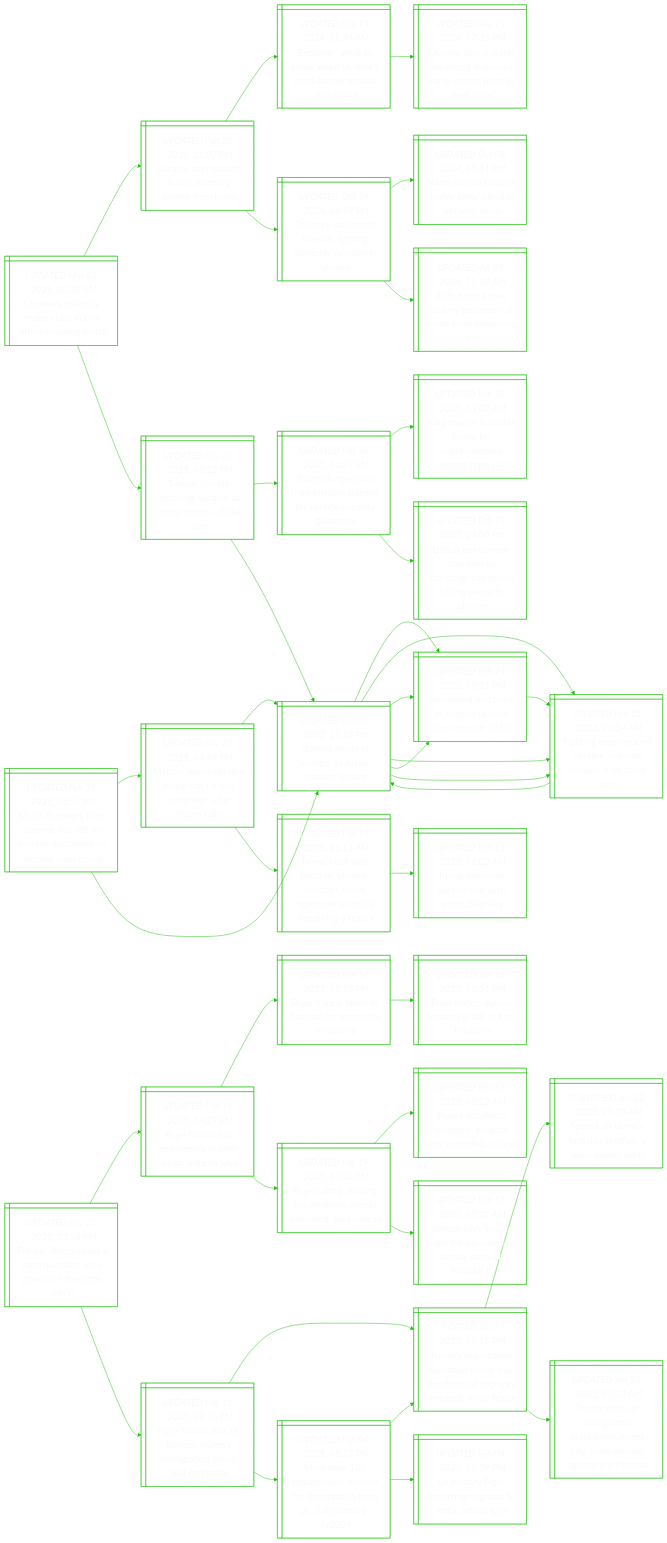
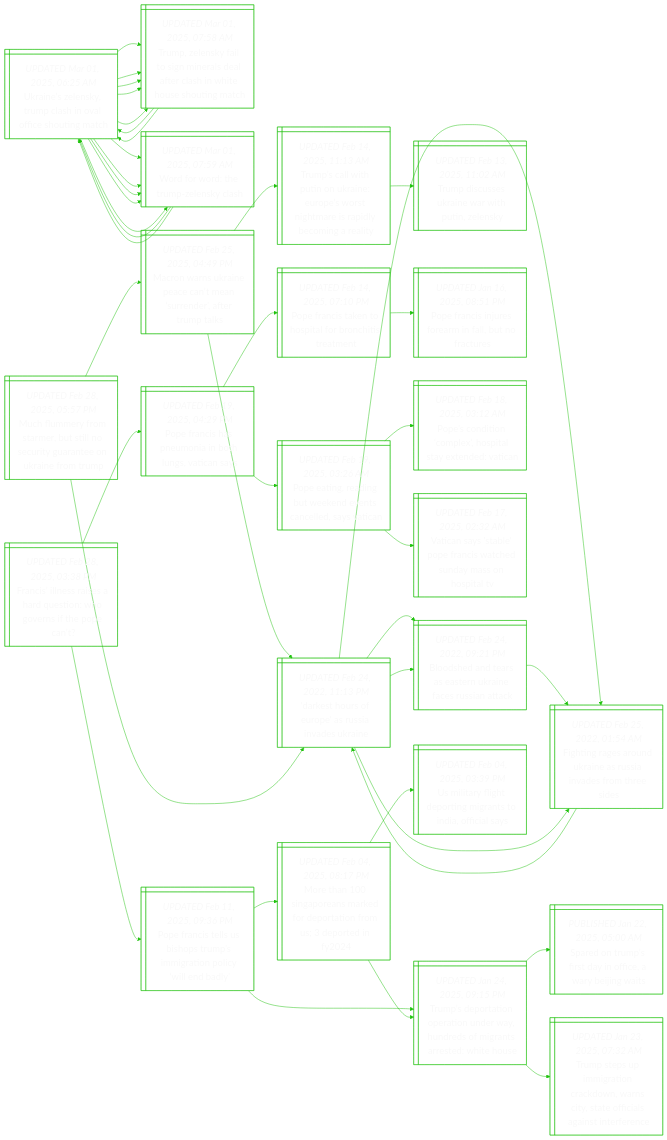
The diagram in README.md (notJmes/notJmes), drawn with Mermaid before and after one commit. The commit also changed other lines of this file, not shown here.

```diff
--- a/README.md
+++ b/README.md
@@ -16,48 +16,51 @@
 flowchart LR
 classDef txtsize font-size:20px;
 
-Unlyphaiogh@{ shape: win-pane, label: "_UPDATED Mar 01, 2025, 03:30 AM_
+Unlyphaiogh@{ shape: win-pane, label: "_UPDATED Mar 01, 2025, 06:25 AM_
 Ukraine’s zelensky, trump clash in oval office shouting match" }
-Unsirtndos@{ shape: win-pane, label: "_UPDATED Feb 28, 2025, 11:07 PM_
-Ukraine says russian forces storming border from kursk" }
-Eihkbkesdsiu@{ shape: win-pane, label: "_UPDATED Aug 14, 2024, 11:44 AM_
-Explainer: what to know about ukraine’s cross-border assault into russia" }
-Unssacnirgits@{ shape: win-pane, label: "_UPDATED Aug 14, 2024, 07:35 PM_
-Ukraine says it is still advancing in russia’s kursk region, hints at ‘next steps’" }
-Zsyteinneini@{ shape: win-pane, label: "_UPDATED Oct 14, 2024, 06:49 PM_
-Zelensky says north koreans fighting alongside russians in ukraine" }
-NKniilyekel@{ shape: win-pane, label: "_UPDATED Oct 08, 2024, 09:41 PM_
-North korean soldiers ‘highly likely’ killed in ukraine: seoul" }
-ENKmaastidet@{ shape: win-pane, label: "_UPDATED Jul 09, 2024, 11:18 AM_
-Elite north korea military trainees visit russia amid deepening ties" }
-TnetgiTpsca@{ shape: win-pane, label: "_UPDATED Feb 28, 2025, 05:12 PM_
-Taiwan ‘closely watching’ ukraine as trump pivots, official says" }
-Tdsfrnroaetre@{ shape: win-pane, label: "_UPDATED Feb 28, 2025, 06:28 PM_
-Trump dodges plea from britain’s starmer for ukraine security guarantee" }
-Khsnspneeoas@{ shape: win-pane, label: "_UPDATED Feb 28, 2025, 03:03 AM_
-King charles iii invites trump for unprecedented second state visit" }
-BstroSsauspia@{ shape: win-pane, label: "_UPDATED Feb 27, 2025, 06:00 PM_
-British pm starmer says only us ‘backstop’ can secure lasting peace in ukraine" }
-DsruasvUn@{ shape: win-pane, label: "_UPDATED Feb 24, 2022, 11:13 PM_
-'darkest hours of europe' as russia invades ukraine" }
-Bsnranicsak@{ shape: win-pane, label: "_UPDATED Feb 24, 2022, 09:21 PM_
-Bloodshed and tears as eastern ukraine faces russian attack" }
-Figokesnsts@{ shape: win-pane, label: "_UPDATED Feb 25, 2022, 01:54 AM_
-Fighting rages around ukraine as russia invades from three sides" }
+TZsiinsacitsum@{ shape: win-pane, label: "_UPDATED Mar 01, 2025, 07:58 AM_
+Trump, zelensky fail to sign minerals deal after clash in white house shouting match" }
+Unlyphaiogh@{ shape: win-pane, label: "_UPDATED Mar 01, 2025, 06:25 AM_
+Ukraine’s zelensky, trump clash in oval office shouting match" }
+TZsiinsacitsum@{ shape: win-pane, label: "_UPDATED Mar 01, 2025, 07:58 AM_
+Trump, zelensky fail to sign minerals deal after clash in white house shouting match" }
+Wodreks@{ shape: win-pane, label: "_UPDATED Mar 01, 2025, 07:59 AM_
+Word for word: the trump-zelensky clash" }
+Unlyphaiogh@{ shape: win-pane, label: "_UPDATED Mar 01, 2025, 06:25 AM_
+Ukraine’s zelensky, trump clash in oval office shouting match" }
+TZsiinsacitsum@{ shape: win-pane, label: "_UPDATED Mar 01, 2025, 07:58 AM_
+Trump, zelensky fail to sign minerals deal after clash in white house shouting match" }
+Wodreks@{ shape: win-pane, label: "_UPDATED Mar 01, 2025, 07:59 AM_
+Word for word: the trump-zelensky clash" }
+Wodreks@{ shape: win-pane, label: "_UPDATED Mar 01, 2025, 07:59 AM_
+Word for word: the trump-zelensky clash" }
+Unlyphaiogh@{ shape: win-pane, label: "_UPDATED Mar 01, 2025, 06:25 AM_
+Ukraine’s zelensky, trump clash in oval office shouting match" }
+TZsiinsacitsum@{ shape: win-pane, label: "_UPDATED Mar 01, 2025, 07:58 AM_
+Trump, zelensky fail to sign minerals deal after clash in white house shouting match" }
+Wodreks@{ shape: win-pane, label: "_UPDATED Mar 01, 2025, 07:59 AM_
+Word for word: the trump-zelensky clash" }
+Unlyphaiogh@{ shape: win-pane, label: "_UPDATED Mar 01, 2025, 06:25 AM_
+Ukraine’s zelensky, trump clash in oval office shouting match" }
+TZsiinsacitsum@{ shape: win-pane, label: "_UPDATED Mar 01, 2025, 07:58 AM_
+Trump, zelensky fail to sign minerals deal after clash in white house shouting match" }
+Wodreks@{ shape: win-pane, label: "_UPDATED Mar 01, 2025, 07:59 AM_
+Word for word: the trump-zelensky clash" }
 
-Unlyphaiogh:::txtsize --> Unsirtndos:::txtsize
-Unsirtndos:::txtsize --> Eihkbkesdsiu:::txtsize
-Eihkbkesdsiu:::txtsize --> Unssacnirgits:::txtsize
-Unsirtndos:::txtsize --> Zsyteinneini:::txtsize
-Zsyteinneini:::txtsize --> NKniilyekel:::txtsize
-Zsyteinneini:::txtsize --> ENKmaastidet:::txtsize
-Unlyphaiogh:::txtsize --> TnetgiTpsca:::txtsize
-TnetgiTpsca:::txtsize --> Tdsfrnroaetre:::txtsize
-Tdsfrnroaetre:::txtsize --> Khsnspneeoas:::txtsize
-Tdsfrnroaetre:::txtsize --> BstroSsauspia:::txtsize
-TnetgiTpsca:::txtsize --> DsruasvUn:::txtsize
-DsruasvUn:::txtsize --> Bsnranicsak:::txtsize
-DsruasvUn:::txtsize --> Figokesnsts:::txtsize
+Unlyphaiogh:::txtsize --> TZsiinsacitsum:::txtsize
+TZsiinsacitsum:::txtsize --> Unlyphaiogh:::txtsize
+Unlyphaiogh:::txtsize --> TZsiinsacitsum:::txtsize
+Unlyphaiogh:::txtsize --> Wodreks:::txtsize
+TZsiinsacitsum:::txtsize --> Unlyphaiogh:::txtsize
+Unlyphaiogh:::txtsize --> TZsiinsacitsum:::txtsize
+Unlyphaiogh:::txtsize --> Wodreks:::txtsize
+Unlyphaiogh:::txtsize --> Wodreks:::txtsize
+Wodreks:::txtsize --> Unlyphaiogh:::txtsize
+Unlyphaiogh:::txtsize --> TZsiinsacitsum:::txtsize
+Unlyphaiogh:::txtsize --> Wodreks:::txtsize
+Wodreks:::txtsize --> Unlyphaiogh:::txtsize
+Unlyphaiogh:::txtsize --> TZsiinsacitsum:::txtsize
+Unlyphaiogh:::txtsize --> Wodreks:::txtsize
 
 Mlrmmtlcyaoaru@{ shape: win-pane, label: "_UPDATED Feb 28, 2025, 05:57 PM_
 Much flummery from starmer, but still no security guarantee on ukraine from trump" }
```
